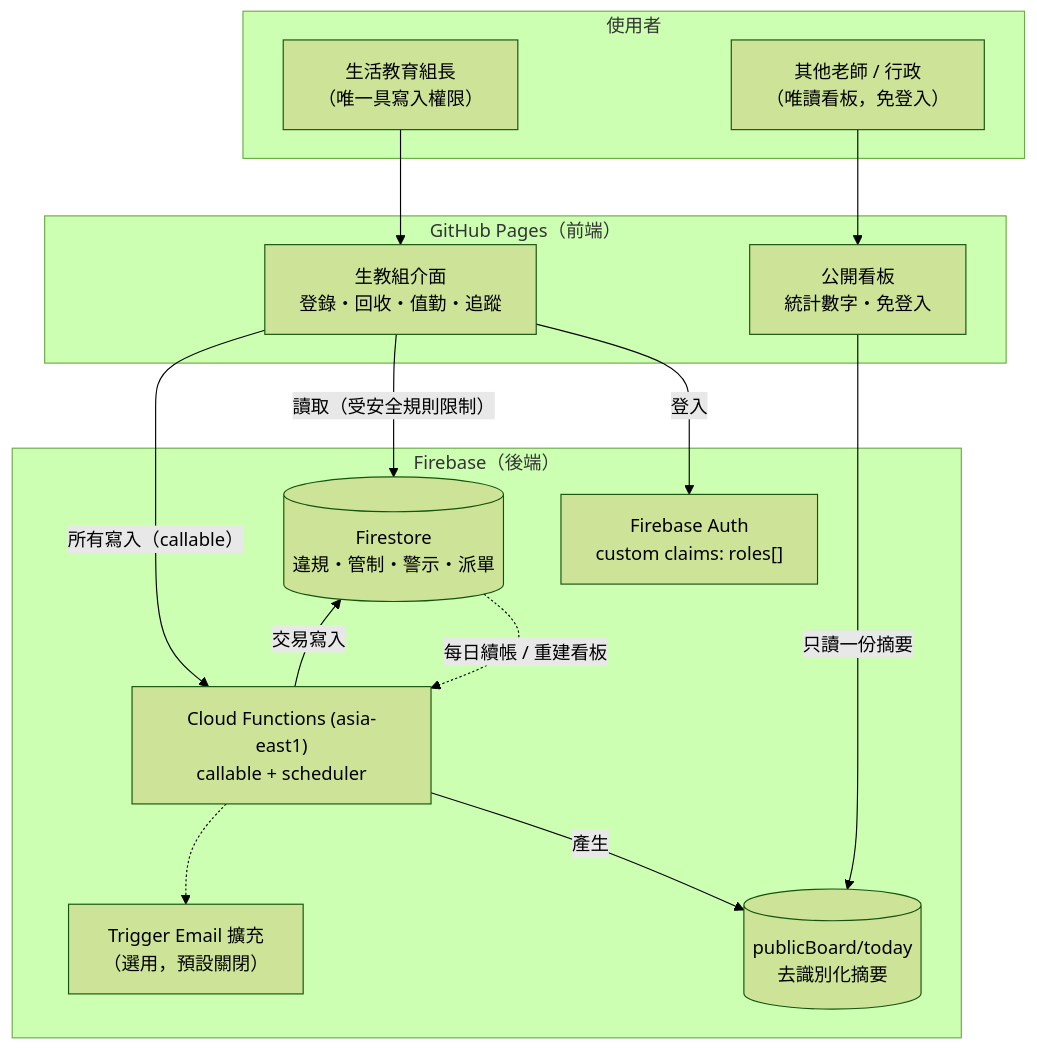
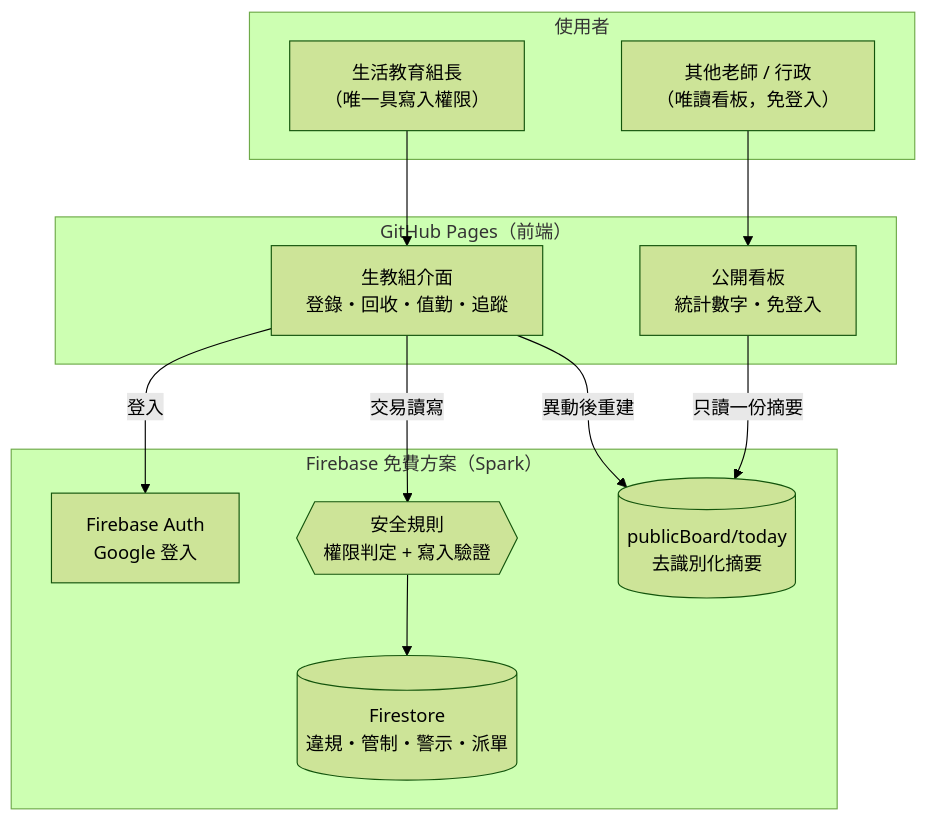
One commit to znxuyz/C.A.R.E.-System changed the diagram in docs/architecture.md. Above: the diagram before and after it, drawn with Mermaid (forest theme). The commit also changed other lines of this file and 58 other files, not shown here.

First line of the commit message:
refactor!: 改為完全免費方案架構（移除 Cloud Functions）

````diff
--- a/docs/architecture.md
+++ b/docs/architecture.md
@@ -11,31 +33,27 @@
 ```mermaid
 flowchart TB
   subgraph Users["使用者"]
     OFFICE["生活教育組長<br/>（唯一具寫入權限）"]
     TEACHERS["其他老師 / 行政<br/>（唯讀看板，免登入）"]
   end
 
   subgraph Pages["GitHub Pages（前端）"]
     PUB["公開看板<br/>統計數字・免登入"]
     ADMIN["生教組介面<br/>登錄・回收・值勤・追蹤"]
   end
 
-  subgraph FB["Firebase（後端）"]
-    AUTH["Firebase Auth<br/>custom claims: roles[]"]
-    FN["Cloud Functions (asia-east1)<br/>callable + scheduler"]
+  subgraph FB["Firebase 免費方案（Spark）"]
+    AUTH["Firebase Auth<br/>Google 登入"]
+    RULES{{"安全規則<br/>權限判定 + 寫入驗證"}}
     FS[("Firestore<br/>違規・管制・警示・派單")]
     BOARD[("publicBoard/today<br/>去識別化摘要")]
-    MAIL["Trigger Email 擴充<br/>（選用，預設關閉）"]
   end
 
   TEACHERS --> PUB
   OFFICE --> ADMIN
   PUB -- "只讀一份摘要" --> BOARD
   ADMIN -- "登入" --> AUTH
-  ADMIN -- "讀取（受安全規則限制）" --> FS
-  ADMIN -- "所有寫入（callable）" --> FN
-  FN -- "交易寫入" --> FS
-  FN -- "產生" --> BOARD
-  FN -.-> MAIL
-  FS -. "每日續帳 / 重建看板" .-> FN
+  ADMIN -- "交易讀寫" --> RULES
+  RULES --> FS
+  ADMIN -- "異動後重建" --> BOARD
 ```
````
